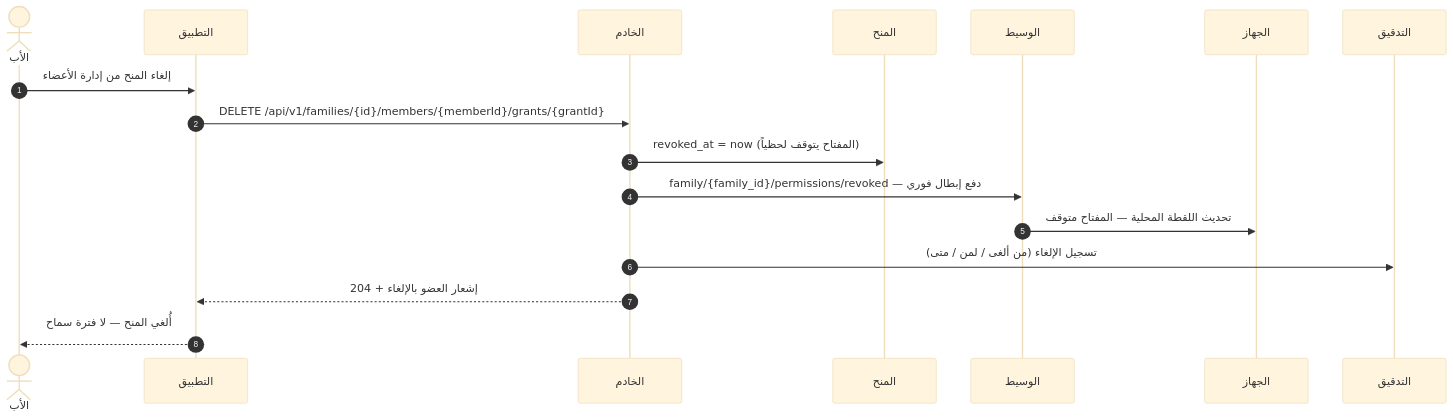
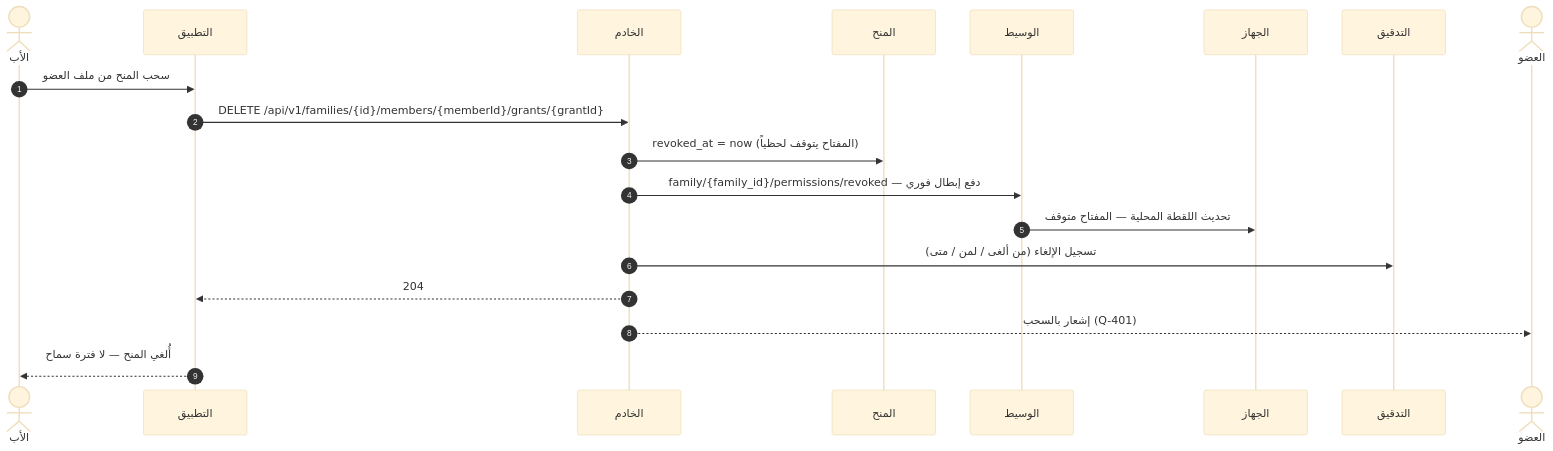
The seventh of 18 diagrams in docs/family-os/governance/phases/phase-1/S1-03-family-roles-and-permissions/DIAGRAMS.md (Bassam-mohammed-alqaeadi/family-os-v2), drawn with Mermaid (base theme) before and after one commit. The commit also changed other lines of this file and 13 other files, not shown here.

````diff
--- a/docs/family-os/governance/phases/phase-1/S1-03-family-roles-and-permissions/DIAGRAMS.md
+++ b/docs/family-os/governance/phases/phase-1/S1-03-family-roles-and-permissions/DIAGRAMS.md
@@ -323,19 +412,21 @@
 ```mermaid
 sequenceDiagram
     autonumber
     actor Father as الأب
     participant App as التطبيق
     participant Ktor as الخادم
     participant Grants as المنح
     participant MQTT as الوسيط
     participant Device as الجهاز
     participant Audit as التدقيق
-    Father->>App: إلغاء المنح من إدارة الأعضاء
+    actor Member as العضو
+    Father->>App: سحب المنح من ملف العضو
     App->>Ktor: DELETE /api/v1/families/{id}/members/{memberId}/grants/{grantId}
     Ktor->>Grants: revoked_at = now (المفتاح يتوقف لحظياً)
     Ktor->>MQTT: family/{family_id}/permissions/revoked — دفع إبطال فوري
     MQTT->>Device: تحديث اللقطة المحلية — المفتاح متوقف
     Ktor->>Audit: تسجيل الإلغاء (من ألغى / لمن / متى)
-    Ktor-->>App: 204 + إشعار العضو بالإلغاء
+    Ktor-->>App: 204
+    Ktor-->>Member: إشعار بالسحب (Q-401)
     App-->>Father: أُلغي المنح — لا فترة سماح
 ```
````
